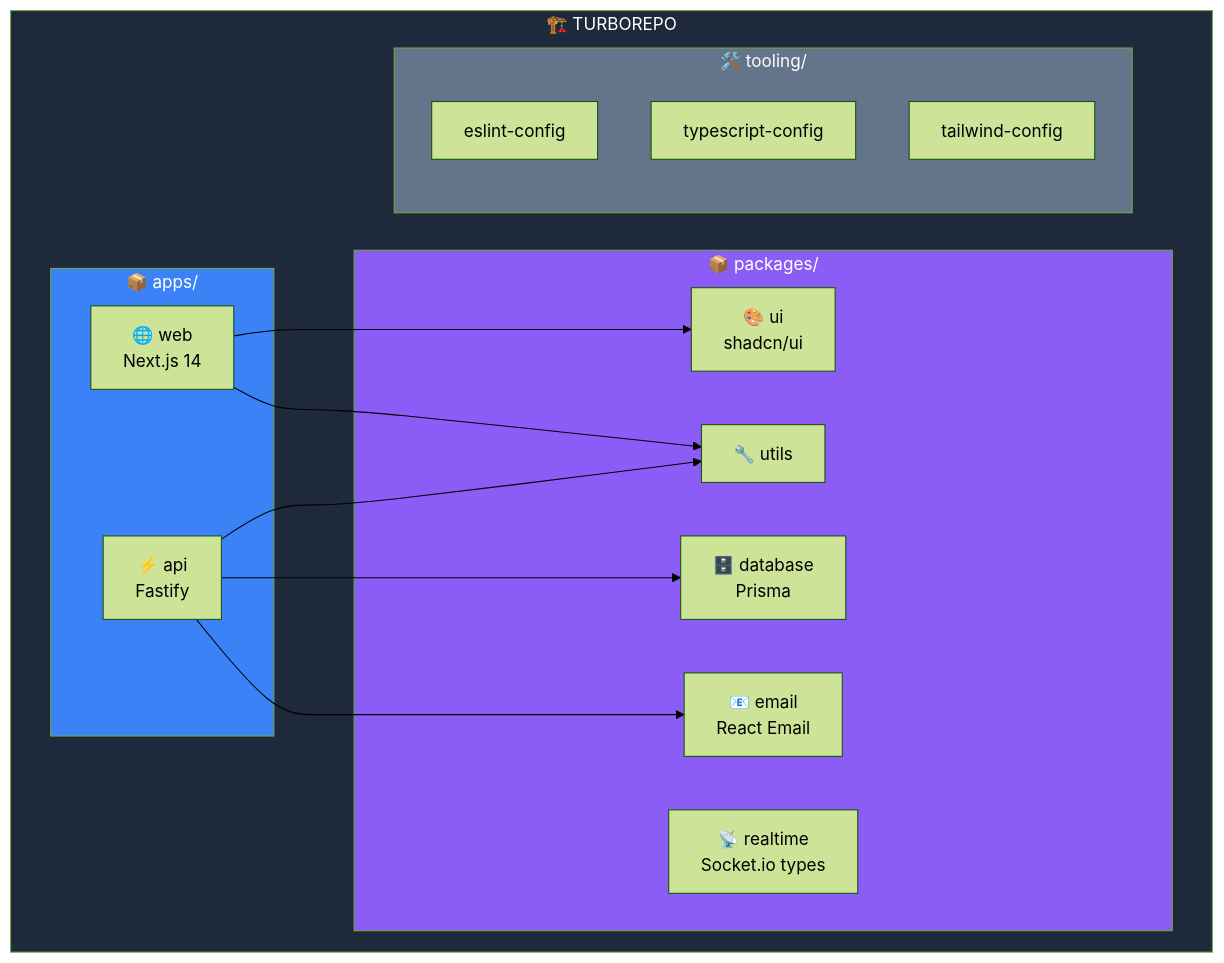
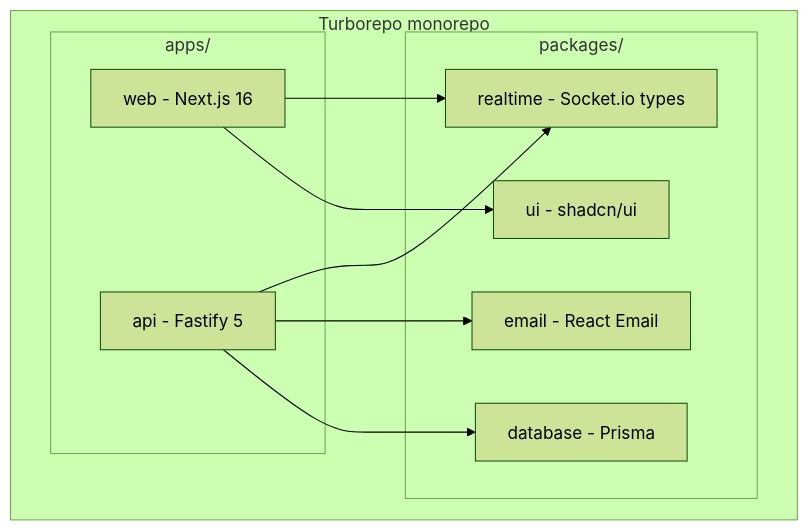
Before and after one commit to felipefontoura/spec-driven-development-book: the fifth of 15 diagrams in BOOK.en.md, drawn with Mermaid (forest theme). The commit also changed other lines of this file and 4 other files, not shown here.

````diff
--- a/BOOK.en.md
+++ b/BOOK.en.md
@@ -605,34 +801,24 @@
 ```mermaid
 flowchart TB
-    subgraph TURBOREPO["🏗️ TURBOREPO"]
-        subgraph APPS["📦 apps/"]
-            WEB["🌐 web<br/>Next.js 14"]
-            API["⚡ api<br/>Fastify"]
+    subgraph MONO["Turborepo monorepo"]
+        subgraph APPS["apps/"]
+            WEB["web - Next.js 16"]
+            API["api - Fastify 5"]
         end
-
-        subgraph PACKAGES["📦 packages/"]
-            UI["🎨 ui<br/>shadcn/ui"]
-            DB["🗄️ database<br/>Prisma"]
-            UTILS["🔧 utils"]
-            EMAIL["📧 email<br/>React Email"]
-            RT["📡 realtime<br/>Socket.io types"]
-        end
-
-        subgraph TOOLING["🛠️ tooling/"]
-            ESL["eslint-config"]
-            TSC["typescript-config"]
-            TWC["tailwind-config"]
+        subgraph PKGS["packages/"]
+            UI["ui - shadcn/ui"]
+            DB["database - Prisma"]
+            EMAIL["email - React Email"]
+            RT["realtime - Socket.io types"]
         end
     end
 
     WEB --> UI
-    WEB --> UTILS
     API --> DB
-    API --> UTILS
     API --> EMAIL
+    WEB --> RT
+    API --> RT
 
-    style TURBOREPO fill:#1e293b,color:#fff
-    style APPS fill:#3b82f6,color:#fff
-    style PACKAGES fill:#8b5cf6,color:#fff
-    style TOOLING fill:#64748b,color:#fff
+    class WEB,API accent;
+    class UI,DB,EMAIL,RT neutral;
 ```
````
